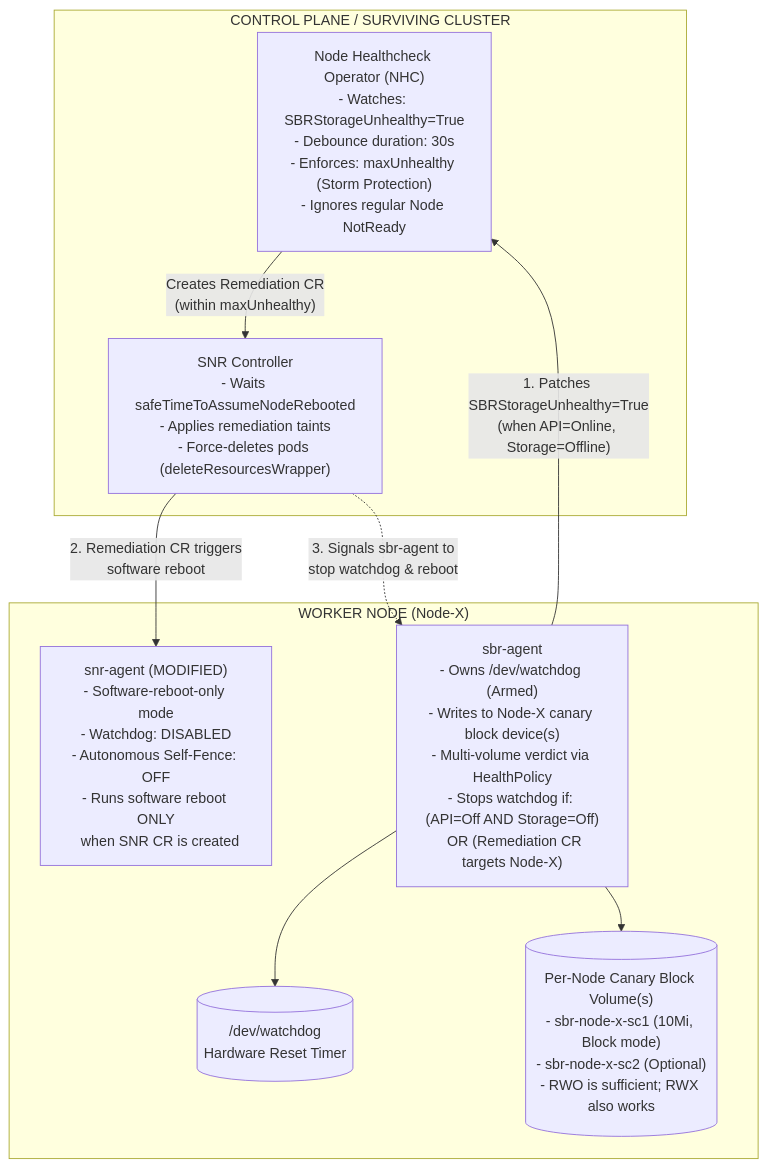
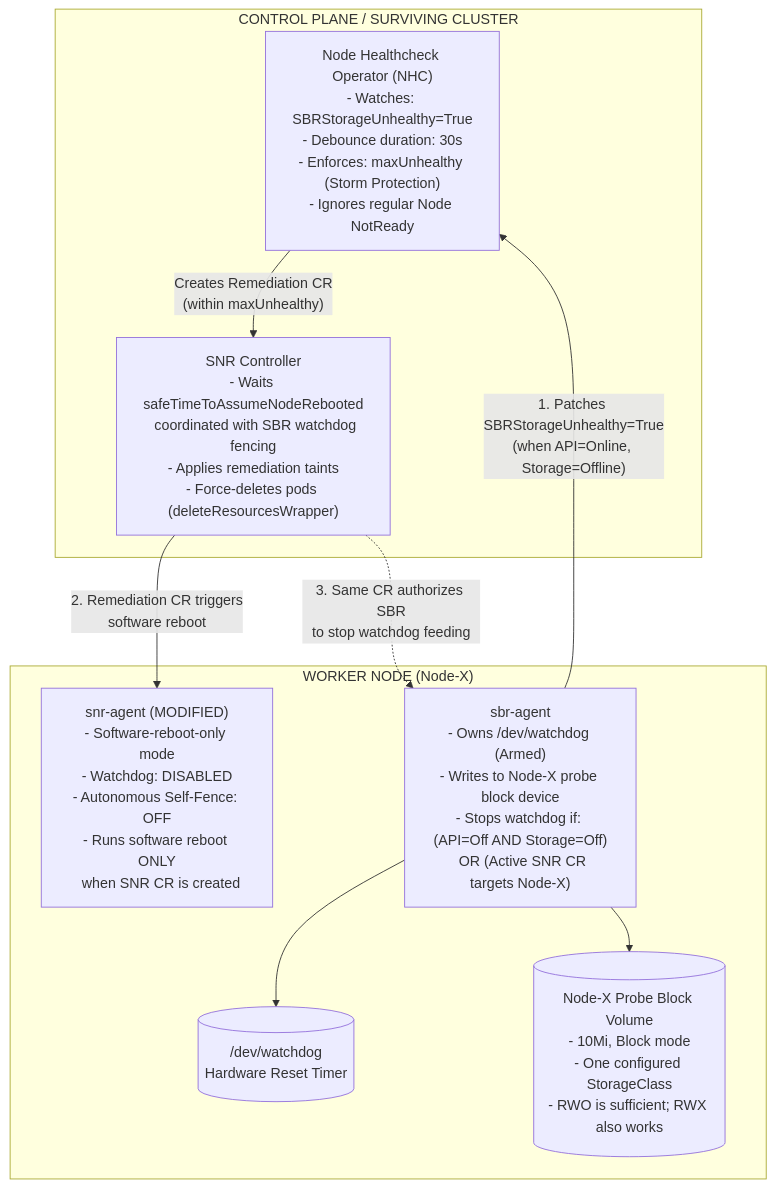
Before and after one commit to mpryc/storage-based-remediation: the third of 6 diagrams in docs/design/storage-arbitrated-remediation.md, drawn with Mermaid. The commit also changed other lines of this file, not shown here.

Commit message:
update sbr storage arbitrated remediation design doc

````diff
--- a/docs/design/storage-arbitrated-remediation.md
+++ b/docs/design/storage-arbitrated-remediation.md
@@ -222,22 +204,22 @@
 ```mermaid
 flowchart TB
   subgraph CP["CONTROL PLANE / SURVIVING CLUSTER"]
     NHC["Node Healthcheck Operator (NHC)<br/>- Watches: SBRStorageUnhealthy=True<br/>- Debounce duration: 30s<br/>- Enforces: maxUnhealthy (Storm Protection)<br/>- Ignores regular Node NotReady"]
-    SNRC["SNR Controller<br/>- Waits safeTimeToAssumeNodeRebooted<br/>- Applies remediation taints<br/>- Force-deletes pods (deleteResourcesWrapper)"]
+    SNRC["SNR Controller<br/>- Waits safeTimeToAssumeNodeRebooted<br/>  coordinated with SBR watchdog fencing<br/>- Applies remediation taints<br/>- Force-deletes pods (deleteResourcesWrapper)"]
     NHC -- "Creates Remediation CR<br/>(within maxUnhealthy)" --> SNRC
   end
 
   subgraph NODE["WORKER NODE (Node-X)"]
-    SBR["sbr-agent<br/>- Owns /dev/watchdog (Armed)<br/>- Writes to Node-X canary block device(s)<br/>- Multi-volume verdict via HealthPolicy<br/>- Stops watchdog if: (API=Off AND Storage=Off)<br/>  OR (Remediation CR targets Node-X)"]
+    SBR["sbr-agent<br/>- Owns /dev/watchdog (Armed)<br/>- Writes to Node-X probe block device<br/>- Stops watchdog if: (API=Off AND Storage=Off)<br/>  OR (Active SNR CR targets Node-X)"]
     SNR["snr-agent (MODIFIED)<br/>- Software-reboot-only mode<br/>- Watchdog: DISABLED<br/>- Autonomous Self-Fence: OFF<br/>- Runs software reboot ONLY<br/>  when SNR CR is created"]
     WD[("/dev/watchdog<br/>Hardware Reset Timer")]
-    PVC[("Per-Node Canary Block Volume(s)<br/>- sbr-node-x-sc1 (10Mi, Block mode)<br/>- sbr-node-x-sc2 (Optional)<br/>- RWO is sufficient; RWX also works")]
+    PVC[("Node-X Probe Block Volume<br/>- 10Mi, Block mode<br/>- One configured StorageClass<br/>- RWO is sufficient; RWX also works")]
 
     SBR --> WD
     SBR --> PVC
   end
 
   SBR -- "1. Patches SBRStorageUnhealthy=True<br/>(when API=Online, Storage=Offline)" --> NHC
   SNRC -- "2. Remediation CR triggers<br/>software reboot" --> SNR
-  SNRC -. "3. Signals sbr-agent to<br/>stop watchdog & reboot" .-> SBR
+  SNRC -. "3. Same CR authorizes SBR<br/>to stop watchdog feeding" .-> SBR
 ```
````
